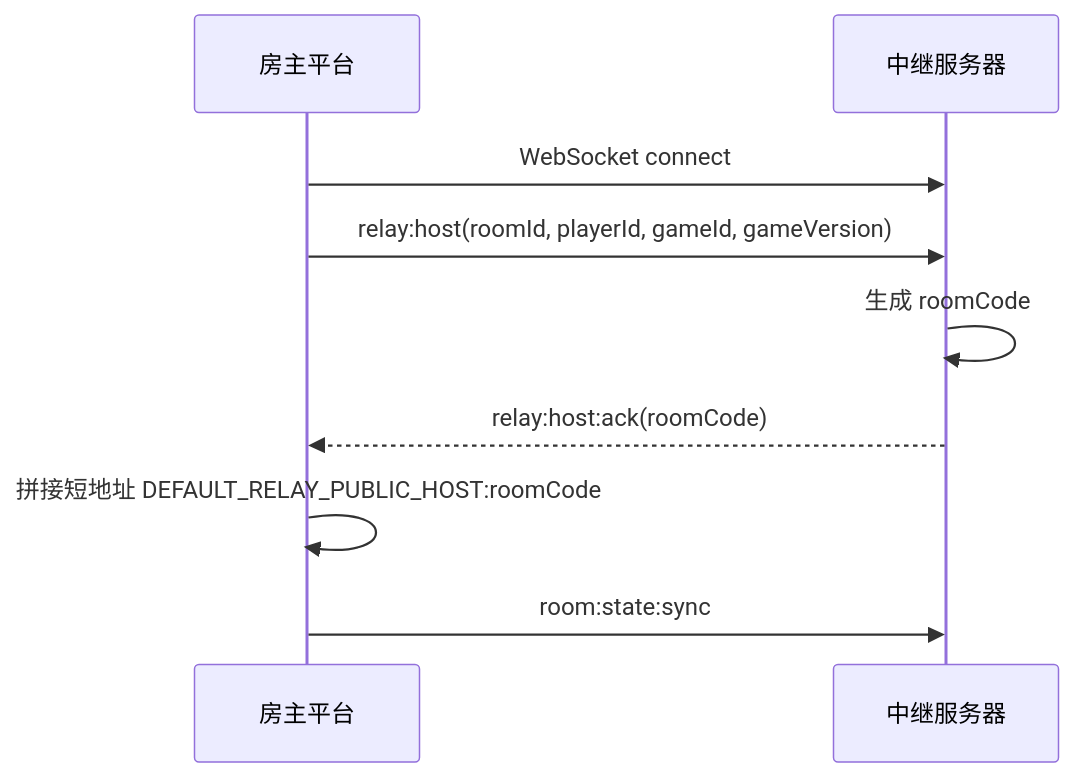
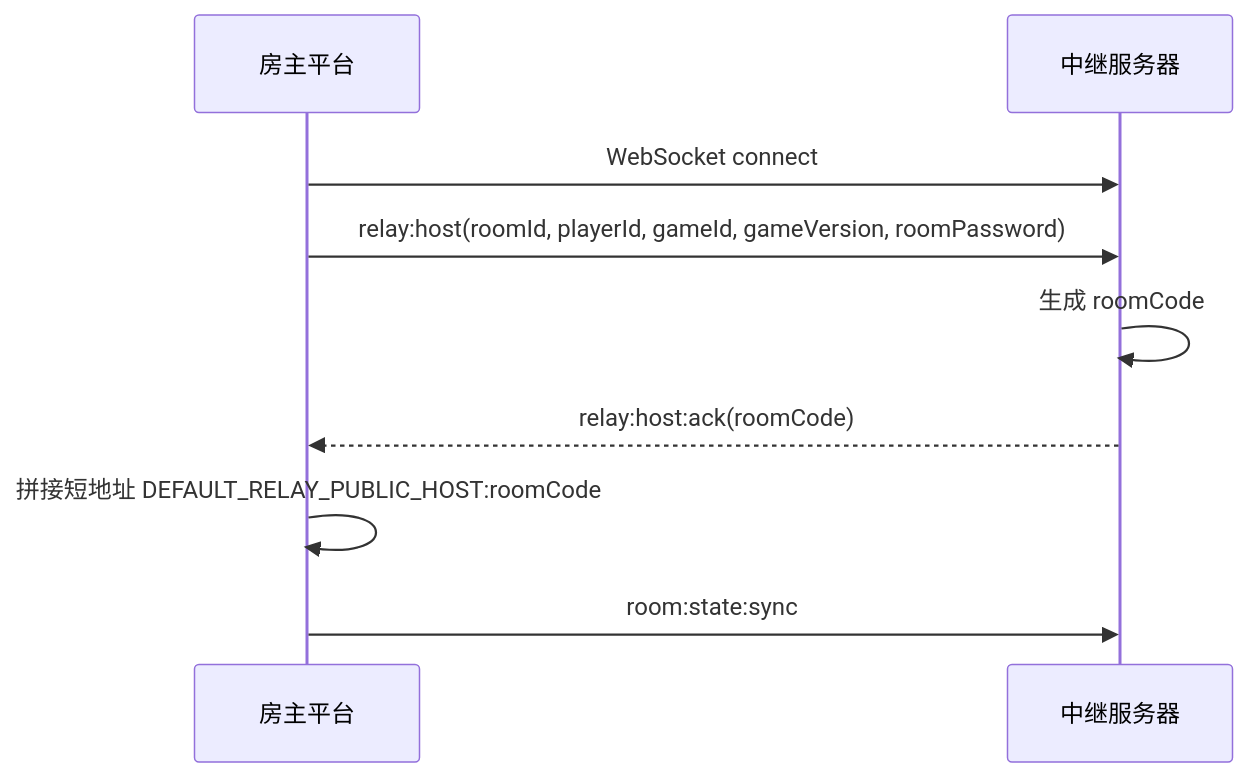
One commit to baozha2023/bz-games changed the first of 4 diagrams in relay-server/API.md. Above: the diagram before and after it, drawn with Mermaid. The commit also changed other lines of this file and 40 other files, not shown here.

````diff
--- a/relay-server/API.md
+++ b/relay-server/API.md
@@ -433,11 +830,11 @@
 ```mermaid
 sequenceDiagram
   participant Host as 房主平台
   participant Relay as 中继服务器
   Host->>Relay: WebSocket connect
-  Host->>Relay: relay:host(roomId, playerId, gameId, gameVersion)
+  Host->>Relay: relay:host(roomId, playerId, gameId, gameVersion, roomPassword)
   Relay->>Relay: 生成 roomCode
   Relay-->>Host: relay:host:ack(roomCode)
   Host->>Host: 拼接短地址 DEFAULT_RELAY_PUBLIC_HOST:roomCode
   Host->>Relay: room:state:sync
 ```
````
